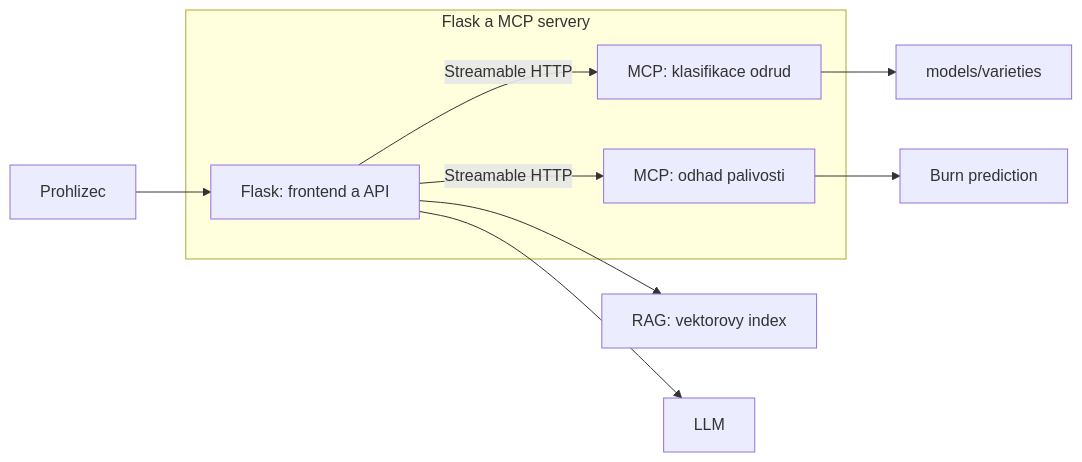
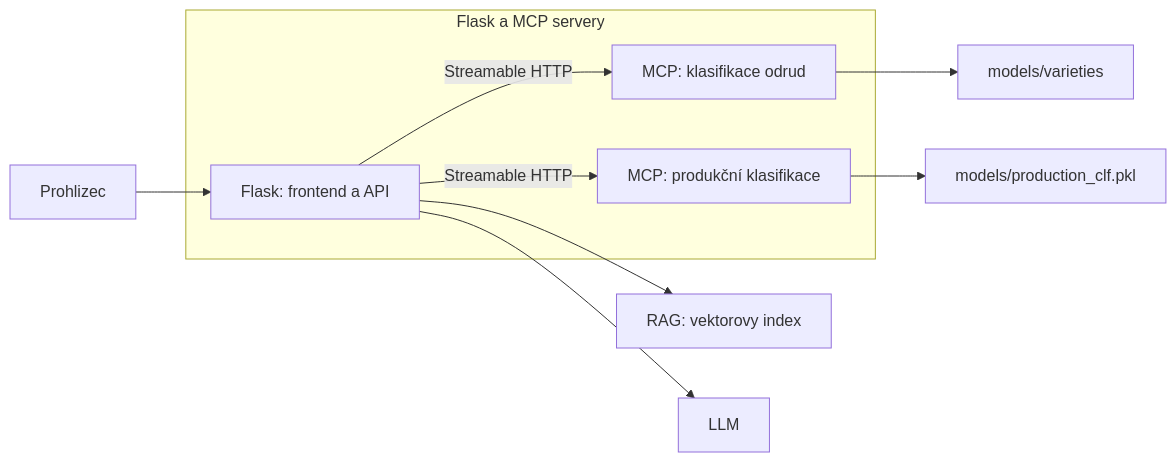
The diagram in README.md (DanSvoboda/ChillBot), drawn with Mermaid before and after one commit. The commit also changed other lines of this file and 18 other files, not shown here.

````diff
--- a/README.md
+++ b/README.md
@@ -30,15 +29,15 @@
 ```mermaid
 flowchart LR
     Browser[Prohlizec] --> Flask
     subgraph Docker[Flask a MCP servery]
         Flask[Flask: frontend a API]
         Variety[MCP: klasifikace odrud]
-        Burn[MCP: odhad palivosti]
         Flask -->|Streamable HTTP| Variety
-        Flask -->|Streamable HTTP| Burn
+        Production[MCP: produkční klasifikace]
+        Flask -->|Streamable HTTP| Production
     end
     Flask --> RAG[RAG: vektorovy index]
     Flask --> LLM[LLM]
     Variety --> Varieties[models/varieties]
-    Burn --> BurnLogic[Burn prediction]
+    Production --> ProductionModel[models/production_clf.pkl]
 ```
````
